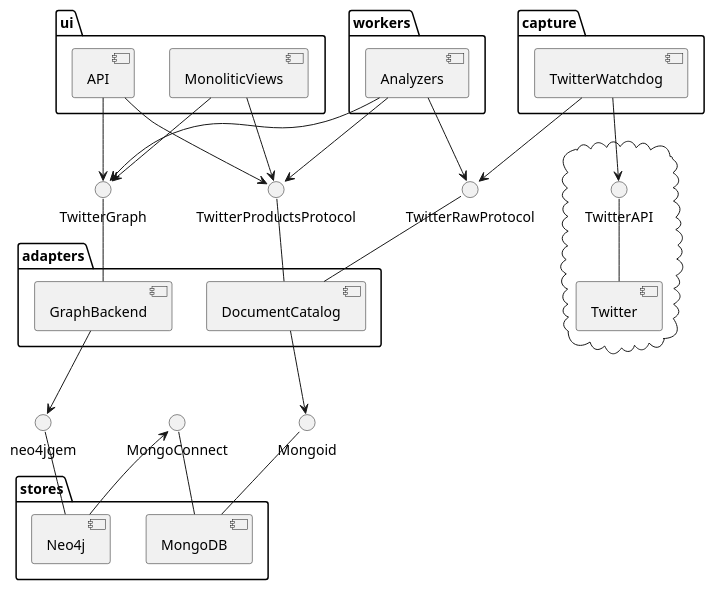
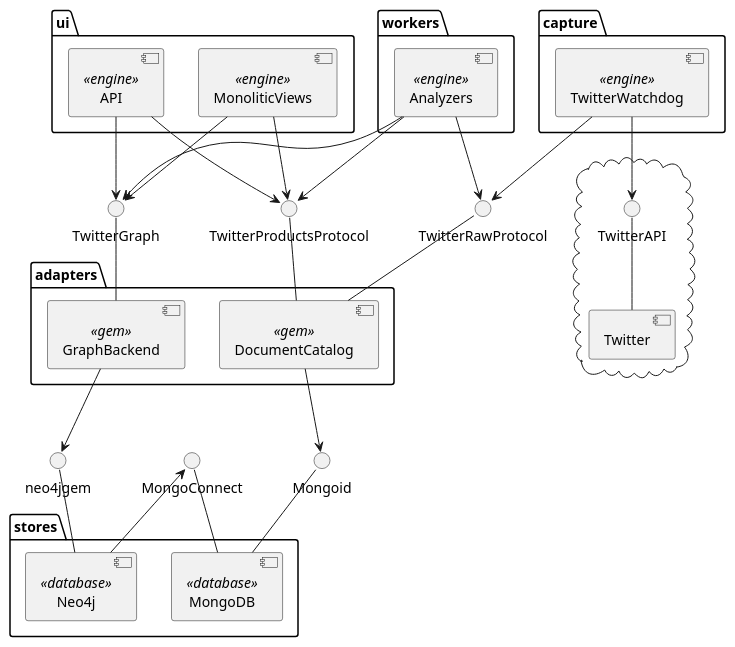
One commit to mizhal/lord-of-the-tweets changed the diagram in spec/docs/arch.plantuml. Above: the diagram before and after it, drawn with PlantUML. The commit also changed 3 other files, not shown here.

```diff
--- a/spec/docs/arch.plantuml
+++ b/spec/docs/arch.plantuml
@@ -1,61 +1,61 @@
 @startuml
 
 package "stores" {
-	[MongoDB]
-	[Neo4j]
+	[MongoDB] <<database>>
+	[Neo4j] <<database>>
 }
 
 package "adapters" {
-	[DocumentCatalog]
-	[GraphBackend]	
+	[DocumentCatalog] <<gem>>
+	[GraphBackend]	<<gem>>
 }
 
 package "capture" {
-	[TwitterWatchdog]
+	[TwitterWatchdog] <<engine>>
 }
 
 package "workers" {
-	[Analyzers]	
+	[Analyzers]	<<engine>>
 }
 
 package "ui" {	
-	[MonoliticViews]
-	[API]
+	[MonoliticViews] <<engine>>
+	[API] <<engine>>
 }
 
 cloud {
 	[Twitter]
 	TwitterAPI -- [Twitter]
 }
 
 ' storage
 Mongoid -- [MongoDB]
 MongoConnect -- [MongoDB]
 neo4jgem -- [Neo4j]
 [Neo4j] --> MongoConnect
 
 ' adapters
 [DocumentCatalog] --> Mongoid
 [GraphBackend] --> neo4jgem
 
 ' exposed protocols
 TwitterRawProtocol -- [DocumentCatalog]
 TwitterProductsProtocol -- [DocumentCatalog]
 TwitterGraph -- [GraphBackend]
 
 ' operational layer
 [TwitterWatchdog] --> TwitterRawProtocol
 [Analyzers] --> TwitterRawProtocol
 [Analyzers] --> TwitterProductsProtocol
 [Analyzers] --> TwitterGraph
 
 ' user layer
 [MonoliticViews] --> TwitterProductsProtocol
 [API] --> TwitterProductsProtocol
 [MonoliticViews] --> TwitterGraph
 [API] --> TwitterGraph
 
 ' external layer
 [TwitterWatchdog] --> TwitterAPI
 
 @enduml
```
